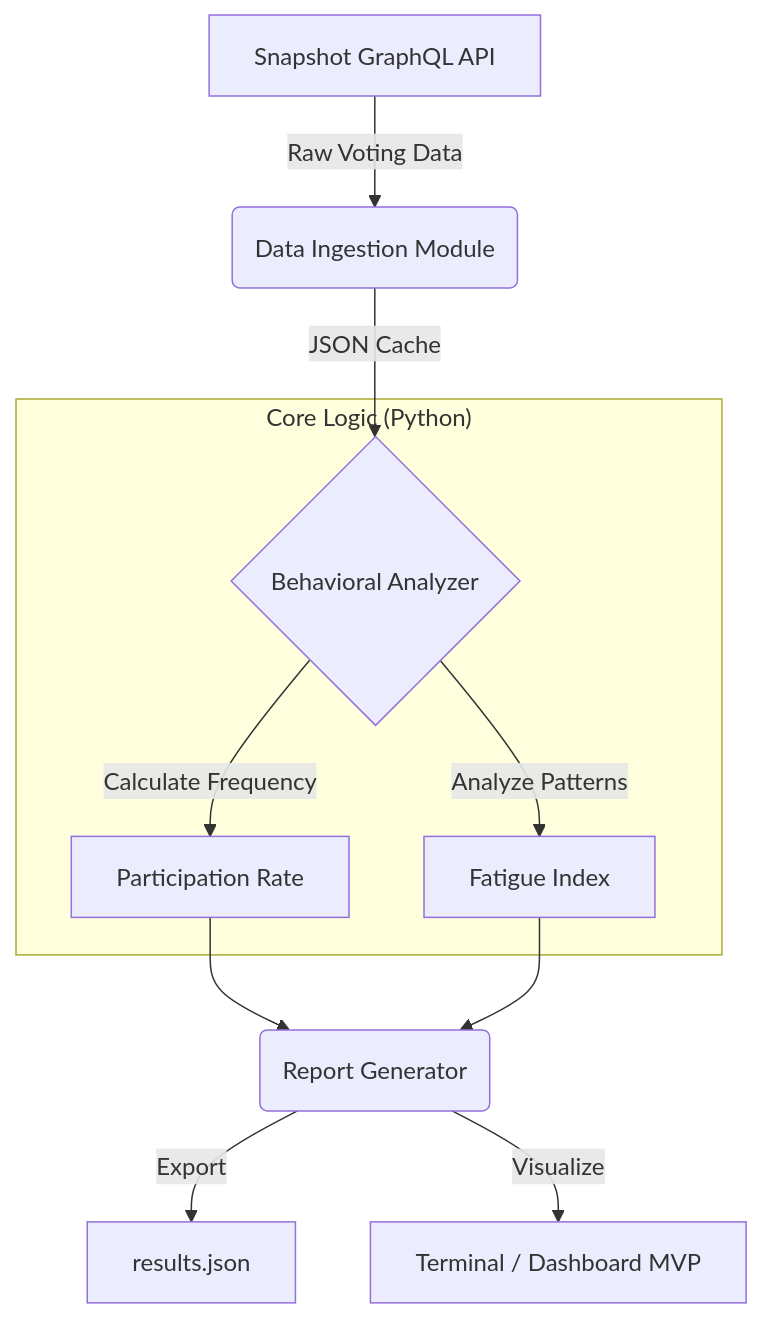
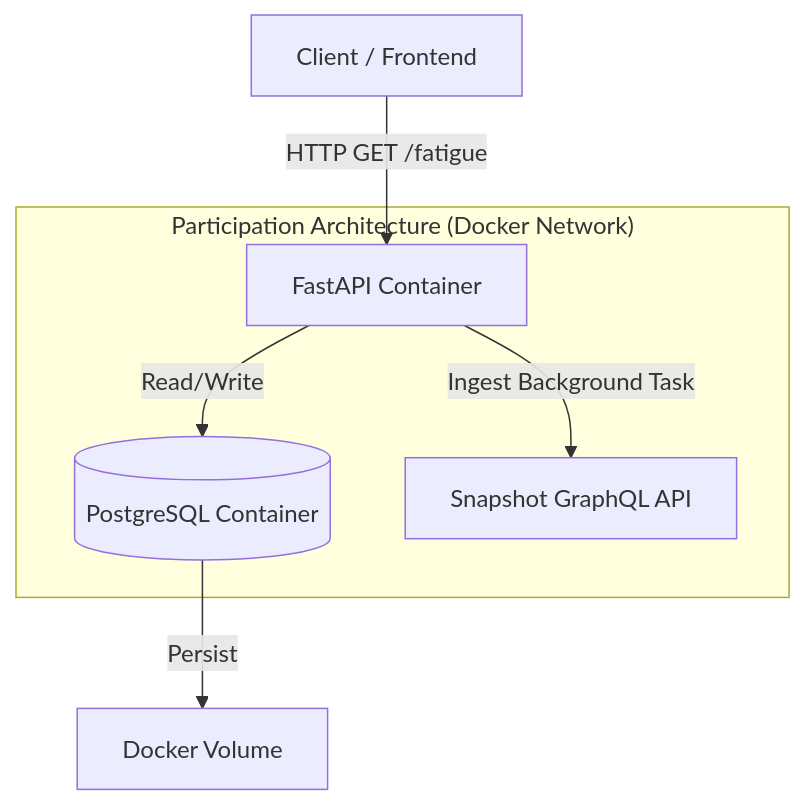
One commit to pawel-wyszomirski/participation-architecture changed the diagram in architecture.md. Above: the diagram before and after it, drawn with Mermaid. The commit also changed other lines of this file, not shown here.

First line of the commit message:
Revise architecture.md for version 5.1 updates

````diff
--- a/architecture.md
+++ b/architecture.md
@@ -15,16 +18,11 @@
 ```mermaid
 graph TD
-    A[Snapshot GraphQL API] -->|Raw Voting Data| B(Data Ingestion Module)
-    B -->|JSON Cache| C{Behavioral Analyzer}
+    User[Client / Frontend] -->|HTTP GET /fatigue| API[FastAPI Container]
     
-    subgraph "Core Logic (Python)"
-    C -->|Calculate Frequency| D[Participation Rate]
-    C -->|Analyze Patterns| E[Fatigue Index]
+    subgraph "Participation Architecture (Docker Network)"
+        API -->|Read/Write| DB[(PostgreSQL Container)]
+        API -->|Ingest Background Task| Snapshot[Snapshot GraphQL API]
     end
     
-    D --> F(Report Generator)
-    E --> F
-    
-    F -->|Export| G[results.json]
-    F -->|Visualize| H[Terminal / Dashboard MVP]
+    DB -->|Persist| Storage[Docker Volume]
 ```
````
